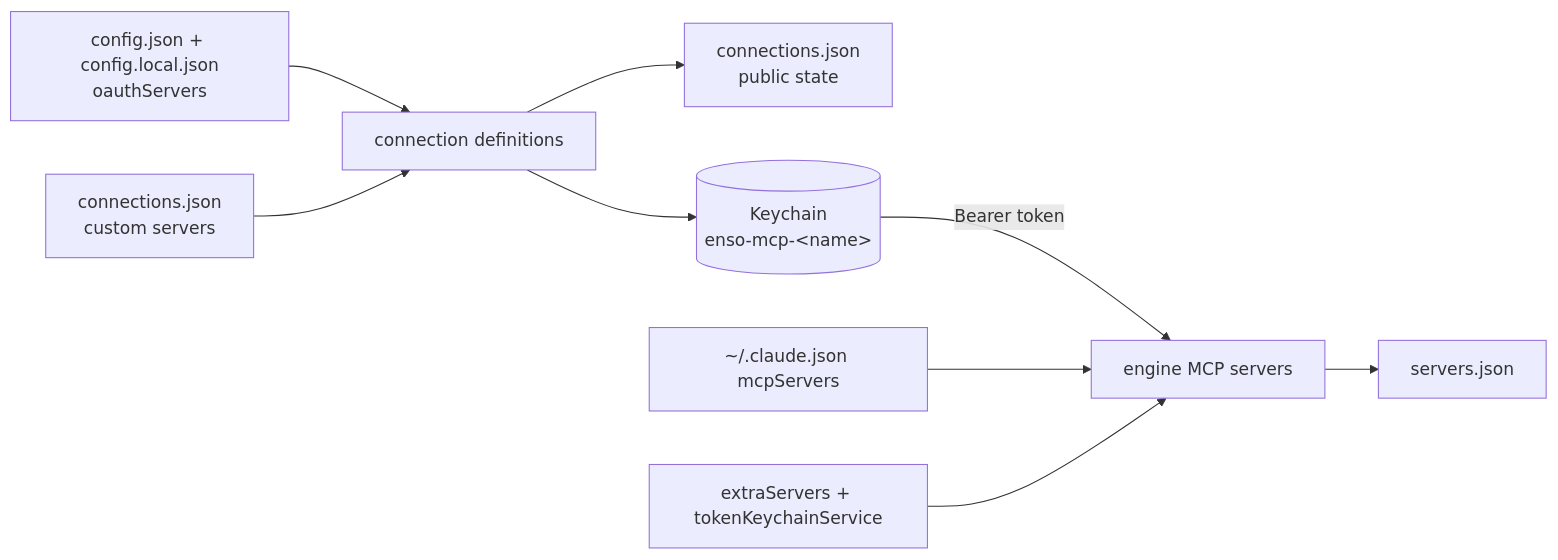
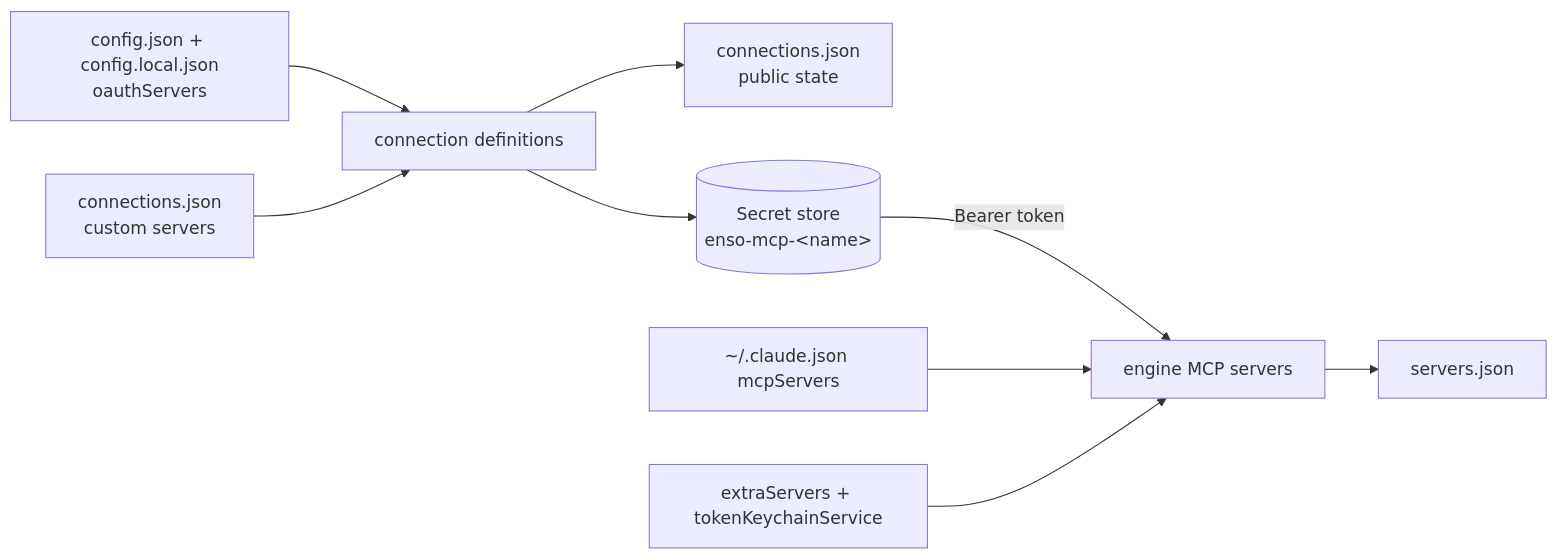
One commit to davidwickerhf/enso changed the second of 2 diagrams in docs/data-model.md. Above: the diagram before and after it, drawn with Mermaid. The commit also changed other lines of this file and 37 other files, not shown here.

````diff
--- a/docs/data-model.md
+++ b/docs/data-model.md
@@ -202,11 +211,11 @@
 ```mermaid
 flowchart LR
   CFG[config.json + config.local.json<br/>oauthServers] --> DEFS[connection definitions]
   CUSTOM[connections.json<br/>custom servers] --> DEFS
   DEFS --> META[connections.json<br/>public state]
-  DEFS --> KC[(Keychain<br/>enso-mcp-&lt;name&gt;)]
+  DEFS --> KC[(Secret store<br/>enso-mcp-&lt;name&gt;)]
   KC -->|Bearer token| SESS[engine MCP servers]
   CLAUDE[~/.claude.json mcpServers] --> SESS
   EXTRA[extraServers + tokenKeychainService] --> SESS
   SESS --> STATUS[servers.json]
 ```
````
